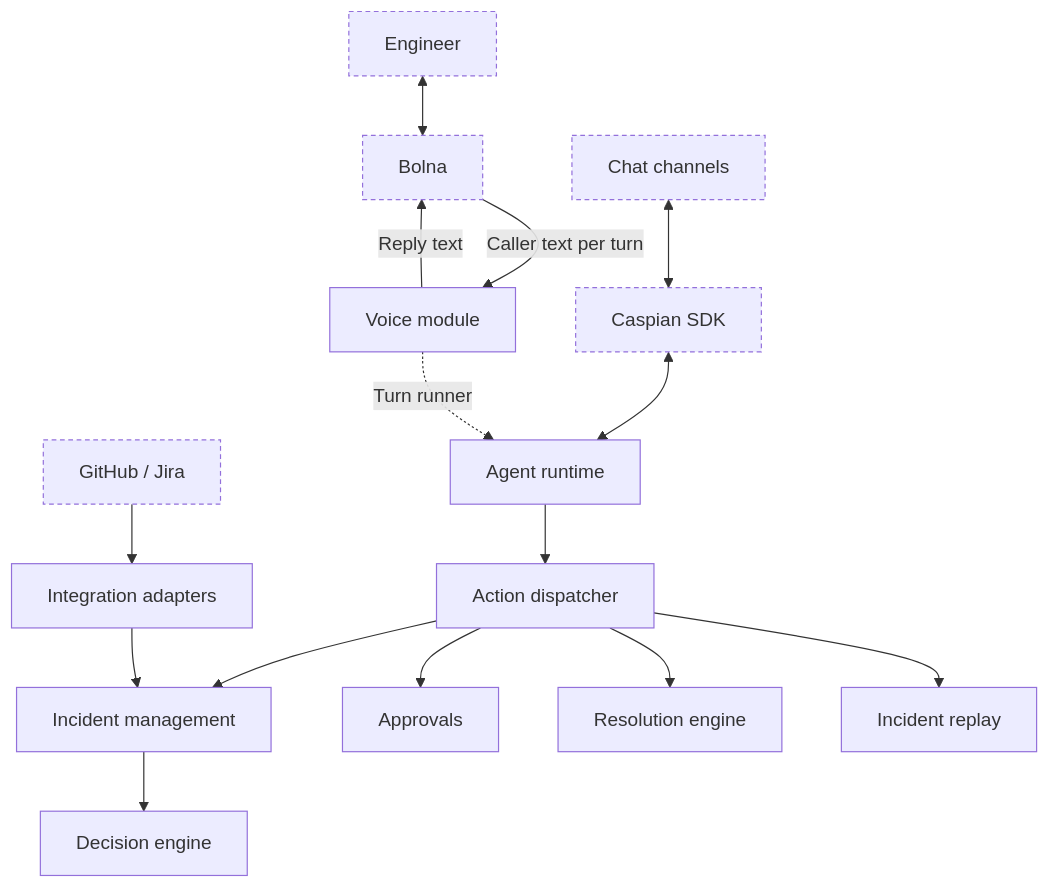
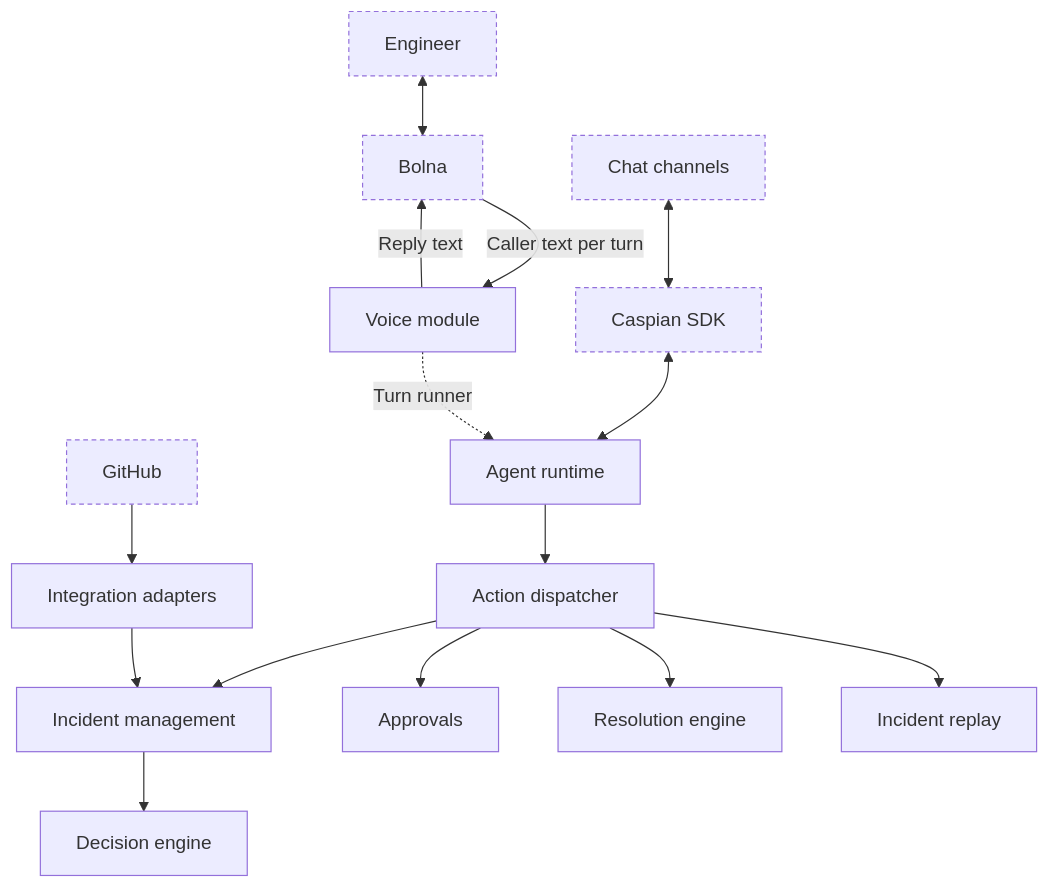
Before and after one commit to RohanOnKeys/svaar: the second of 2 diagrams in README.md, drawn with Mermaid. The commit also changed other lines of this file and 2 other files, not shown here.

````diff
--- a/README.md
+++ b/README.md
@@ -132,25 +139,25 @@
 ```mermaid
 flowchart TD
     Chat["Chat channels"] <--> Caspian["Caspian SDK"]
     Caspian <--> Agent["Agent runtime"]
 
     Caller["Engineer"] <--> Bolna["Bolna"]
     Bolna -- "Caller text per turn" --> Voice["Voice module"]
     Voice -- "Reply text" --> Bolna
     Voice -. "Turn runner" .-> Agent
 
     Agent --> Actions["Action dispatcher"]
 
     Actions --> Incidents["Incident management"]
     Actions --> Approvals["Approvals"]
     Actions --> Resolution["Resolution engine"]
     Actions --> Replay["Incident replay"]
 
     Incidents --> Decisions["Decision engine"]
 
-    Sources["GitHub / Jira"] --> Integrations["Integration adapters"]
+    Sources["GitHub"] --> Integrations["Integration adapters"]
     Integrations --> Incidents
 
     classDef external stroke-dasharray: 4 3
     class Chat,Caspian,Caller,Bolna,Sources external
 ```
````
